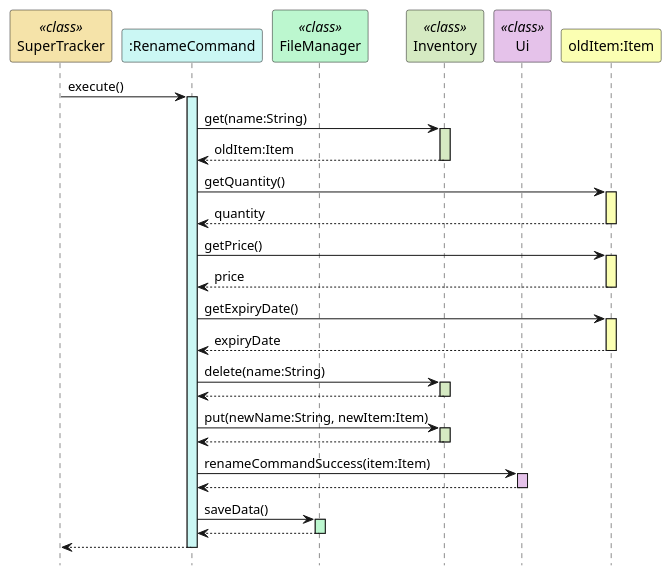
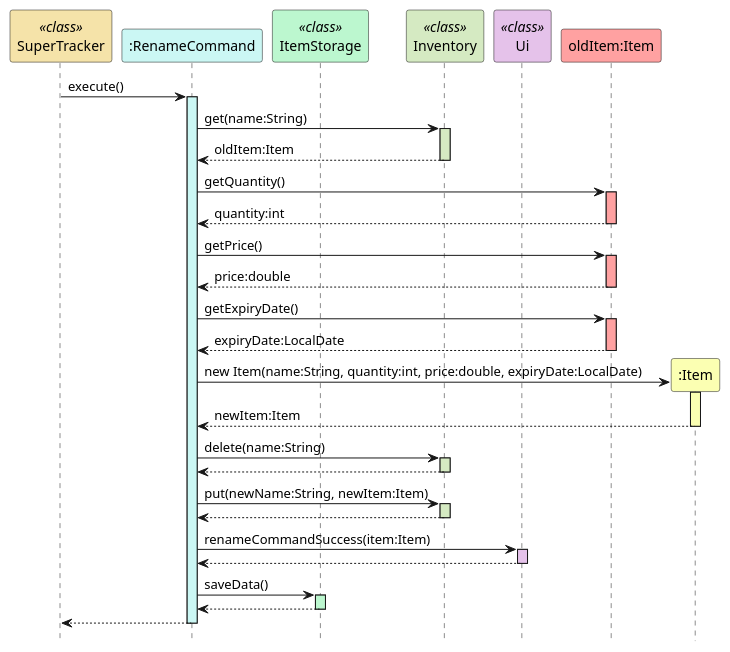
Before and after one commit to rismm/tp: the second of 2 diagrams in docs/uml-diagrams/RenameCommand.puml, drawn with PlantUML. The commit also changed other lines of this file and 19 other files, not shown here.

```diff
--- a/docs/uml-diagrams/RenameCommand.puml
+++ b/docs/uml-diagrams/RenameCommand.puml
@@ -62,55 +66,61 @@
 @startuml
 hide footbox
 participant "SuperTracker" as SuperTracker <<class>> #f5e3a9
 participant ":RenameCommand" as RenameCommand #cbf7f4
-participant "FileManager" as FileManager <<class>> #bcf7cf
+participant "ItemStorage" as ItemStorage <<class>> #bcf7cf
 participant "Inventory" as Inventory <<class>> #d5eac2
 participant "Ui" as Ui <<class>> #e5c2ea
-participant "oldItem:Item" as Item #fbffb2
+participant "oldItem:Item" as oldItem #ffa1a1
+participant ":Item" as Item #fbffb2
 
 SuperTracker -> RenameCommand : execute()
 activate RenameCommand #cbf7f4
 
 RenameCommand -> Inventory : get(name:String)
 activate Inventory #d5eac2
 Inventory --> RenameCommand : oldItem:Item
 deactivate Inventory
 
-RenameCommand -> Item: getQuantity()
+RenameCommand -> oldItem: getQuantity()
+activate oldItem #ffa1a1
+oldItem --> RenameCommand: quantity:int
+deactivate oldItem
+
+RenameCommand -> oldItem: getPrice()
+activate oldItem #ffa1a1
+oldItem --> RenameCommand: price:double
+deactivate oldItem
+
+RenameCommand -> oldItem: getExpiryDate()
+activate oldItem #ffa1a1
+oldItem --> RenameCommand: expiryDate:LocalDate
+deactivate oldItem
+
+RenameCommand -> Item ** : new Item(name:String, quantity:int, price:double, expiryDate:LocalDate)
 activate Item #fbffb2
-Item --> RenameCommand: quantity
-deactivate Item
-
-RenameCommand -> Item: getPrice()
-activate Item #fbffb2
-Item --> RenameCommand: price
-deactivate Item
-
-RenameCommand -> Item: getExpiryDate()
-activate Item #fbffb2
-Item --> RenameCommand: expiryDate
+Item --> RenameCommand : newItem:Item
 deactivate Item
 
 RenameCommand -> Inventory : delete(name:String)
 activate Inventory #d5eac2
 Inventory --> RenameCommand
 deactivate Inventory
 
 RenameCommand -> Inventory : put(newName:String, newItem:Item)
 activate Inventory #d5eac2
 Inventory --> RenameCommand
 deactivate Inventory
 
 RenameCommand -> Ui : renameCommandSuccess(item:Item)
 activate Ui #e5c2ea
 Ui --> RenameCommand
 deactivate Ui
 
-RenameCommand -> FileManager : saveData()
-activate FileManager #bcf7cf
-FileManager --> RenameCommand
-deactivate FileManager
+RenameCommand -> ItemStorage : saveData()
+activate ItemStorage #bcf7cf
+ItemStorage --> RenameCommand
+deactivate ItemStorage
 
 RenameCommand --> SuperTracker
 deactivate RenameCommand
 @enduml
```
